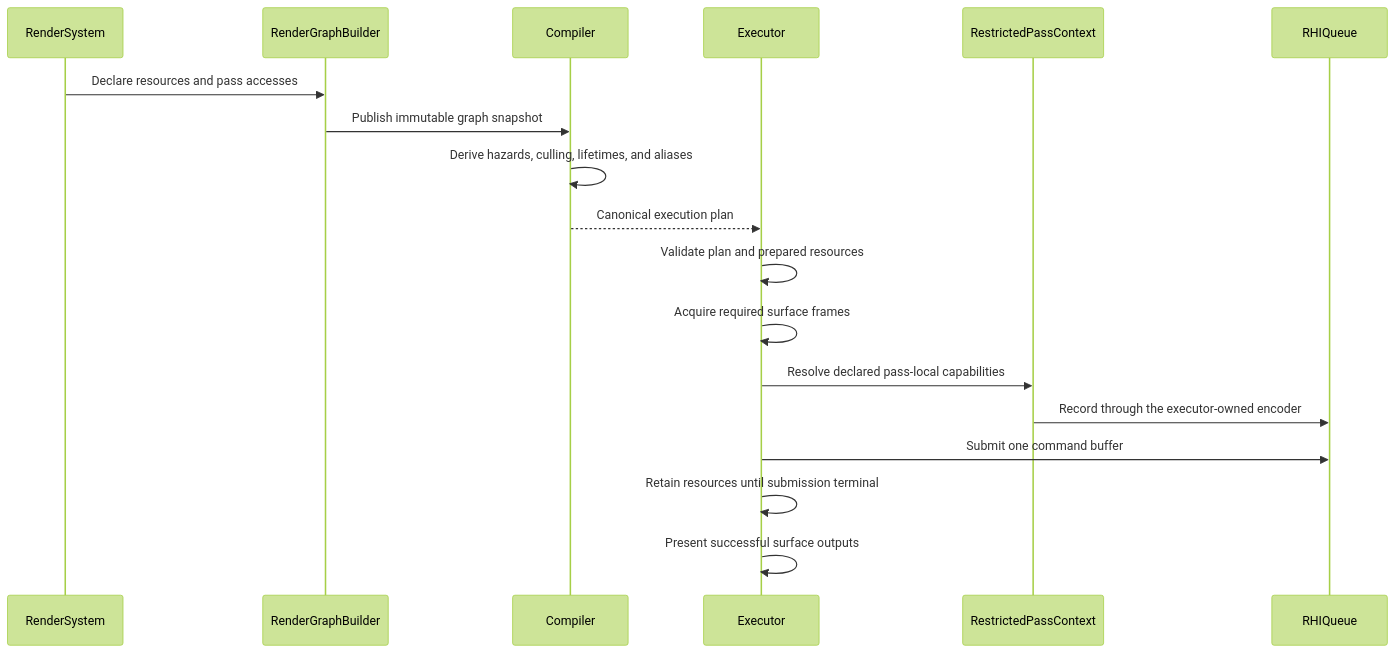
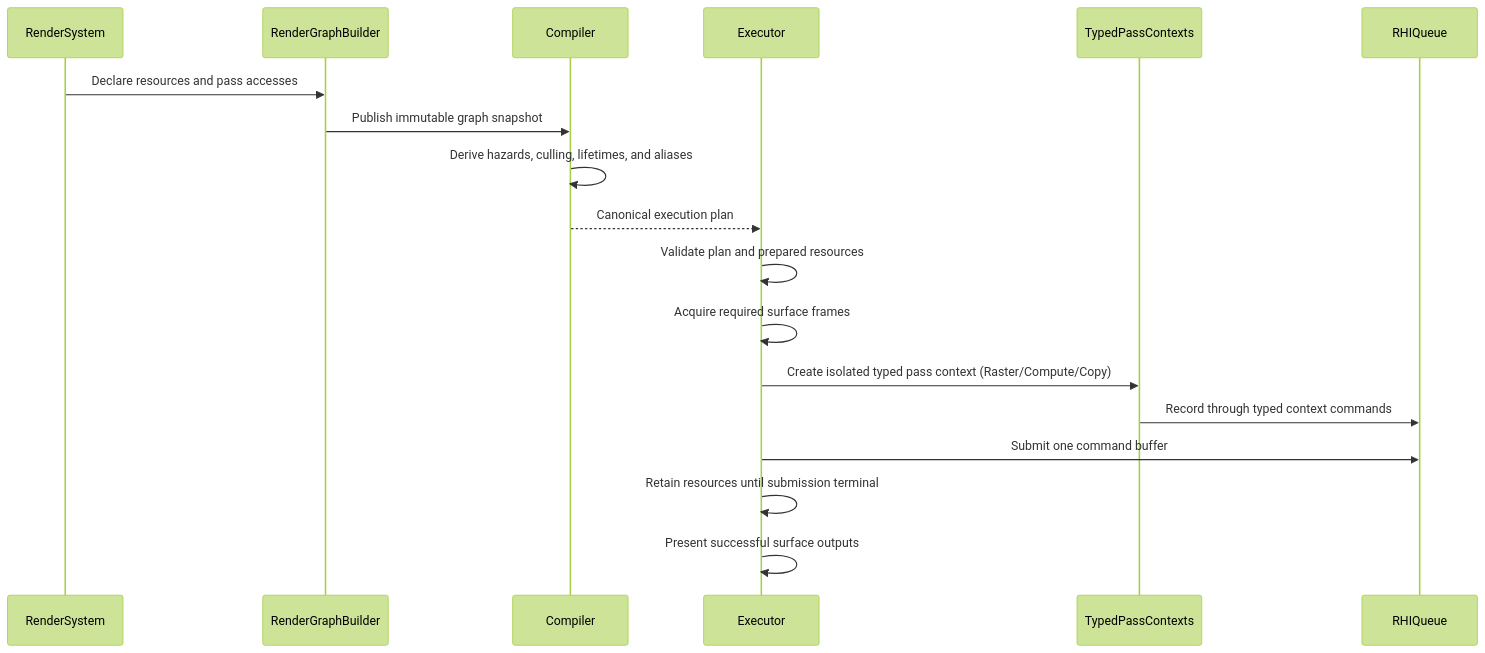
The diagram in src/render-graph/README.md (GeoLibra/AetherEngine), drawn with Mermaid (forest theme) before and after one commit. The commit also changed other lines of this file and 8 other files, not shown here.

Commit message:
refactor(render-graph): remove dead legacy callback surface and update subsystem documentation

````diff
--- a/src/render-graph/README.md
+++ b/src/render-graph/README.md
@@ -18,21 +18,21 @@
 ```mermaid
 sequenceDiagram
     participant System as RenderSystem
     participant Builder as RenderGraphBuilder
     participant Compiler as Compiler
     participant Executor as Executor
-    participant Context as RestrictedPassContext
+    participant Context as TypedPassContexts
     participant Queue as RHIQueue
 
     System->>Builder: Declare resources and pass accesses
     Builder->>Compiler: Publish immutable graph snapshot
     Compiler->>Compiler: Derive hazards, culling, lifetimes, and aliases
     Compiler-->>Executor: Canonical execution plan
     Executor->>Executor: Validate plan and prepared resources
     Executor->>Executor: Acquire required surface frames
-    Executor->>Context: Resolve declared pass-local capabilities
-    Context->>Queue: Record through the executor-owned encoder
+    Executor->>Context: Create isolated typed pass context (Raster/Compute/Copy)
+    Context->>Queue: Record through typed context commands
     Executor->>Queue: Submit one command buffer
     Executor->>Executor: Retain resources until submission terminal
     Executor->>Executor: Present successful surface outputs
 ```
````
